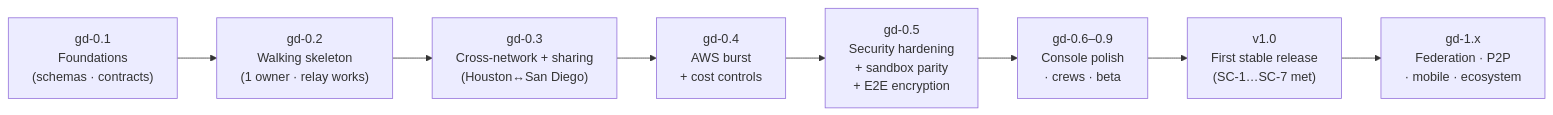
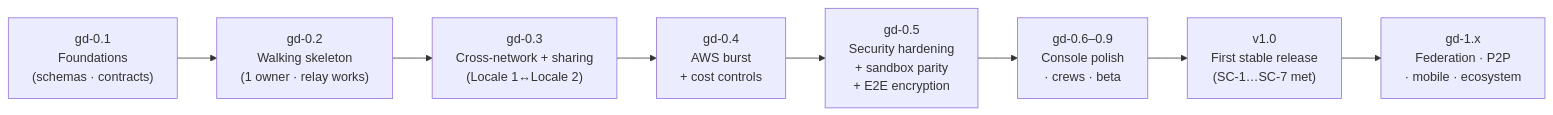
One commit to jnowat/gruper changed the fourth of 4 diagrams in GruperDistributedSpec.md. Above: the diagram before and after it, drawn with Mermaid. The commit also changed other lines of this file and 1 other file, not shown here.

````diff
--- a/GruperDistributedSpec.md
+++ b/GruperDistributedSpec.md
@@ -534,13 +534,13 @@
 ```mermaid
 flowchart LR
     G0["gd-0.1\nFoundations\n(schemas · contracts)"]
     G1["gd-0.2\nWalking skeleton\n(1 owner · relay works)"]
-    G2["gd-0.3\nCross-network + sharing\n(Houston↔San Diego)"]
+    G2["gd-0.3\nCross-network + sharing\n(Locale 1↔Locale 2)"]
     G3["gd-0.4\nAWS burst\n+ cost controls"]
     G4["gd-0.5\nSecurity hardening\n+ sandbox parity\n+ E2E encryption"]
     G5["gd-0.6–0.9\nConsole polish\n· crews · beta"]
     V1["v1.0\nFirst stable release\n(SC-1…SC-7 met)"]
     P1["gd-1.x\nFederation · P2P\n· mobile · ecosystem"]
 
     G0 --> G1 --> G2 --> G3 --> G4 --> G5 --> V1 --> P1
 ```
````
